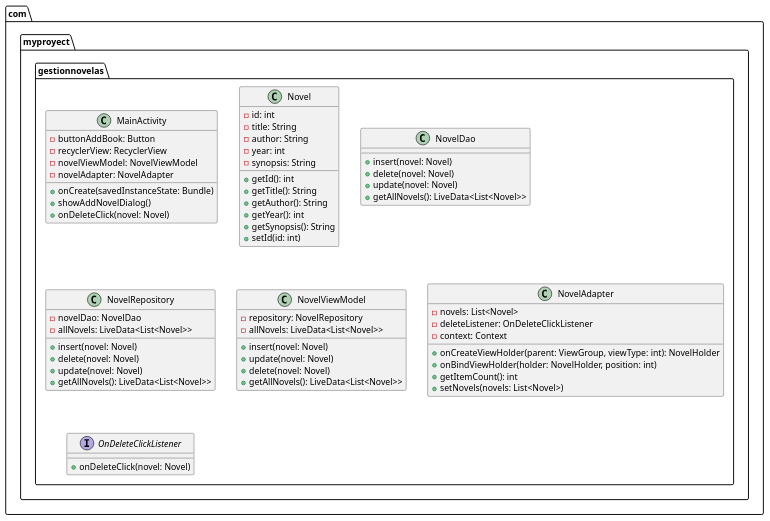
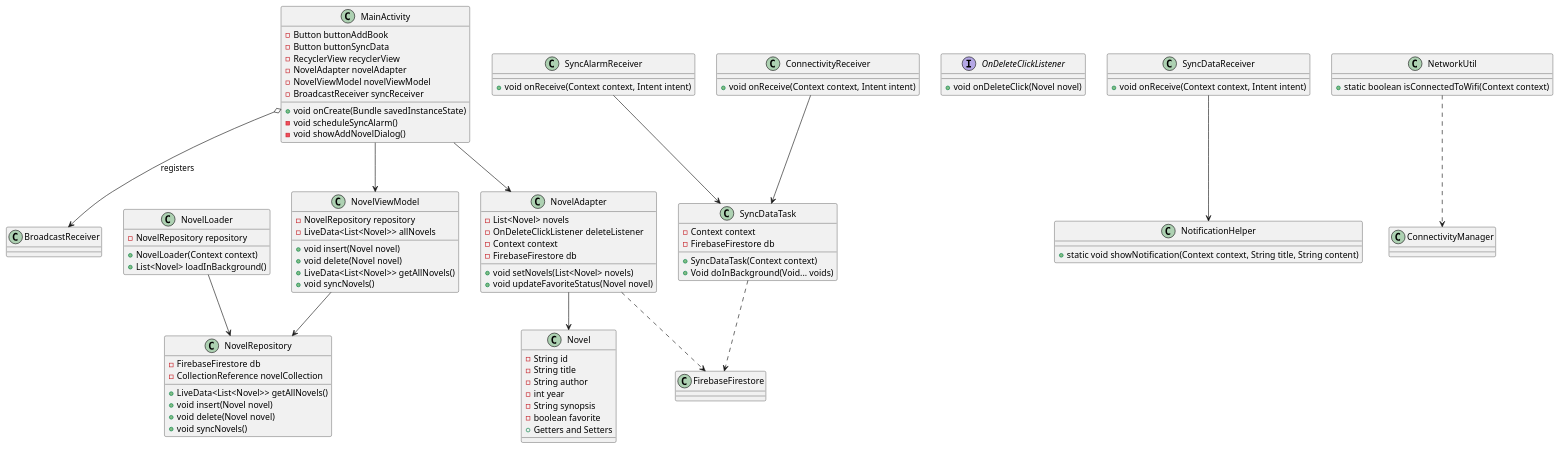
The diagram in app/src/main/java/com/myproyect/gestornovelasnjr/uml/ClasesUml.puml (NicolasJRuax/GestorNovelasNJR), drawn with PlantUML before and after one commit. The commit also changed 1 other file, not shown here.

```diff
--- a/app/src/main/java/com/myproyect/gestornovelasnjr/uml/ClasesUml.puml
+++ b/app/src/main/java/com/myproyect/gestornovelasnjr/uml/ClasesUml.puml
@@ -1,66 +1,100 @@
 @startuml
-package com.myproyect.gestionnovelas {
-    class MainActivity {
-        - buttonAddBook: Button
-        - recyclerView: RecyclerView
-        - novelViewModel: NovelViewModel
-        - novelAdapter: NovelAdapter
-        + onCreate(savedInstanceState: Bundle)
-        + showAddNovelDialog()
-        + onDeleteClick(novel: Novel)
-    }
+class MainActivity {
+    - Button buttonAddBook
+    - Button buttonSyncData
+    - RecyclerView recyclerView
+    - NovelAdapter novelAdapter
+    - NovelViewModel novelViewModel
+    - BroadcastReceiver syncReceiver
+    + void onCreate(Bundle savedInstanceState)
+    - void scheduleSyncAlarm()
+    - void showAddNovelDialog()
+}
 
-    class Novel {
-        - id: int
-        - title: String
-        - author: String
-        - year: int
-        - synopsis: String
-        + getId(): int
-        + getTitle(): String
-        + getAuthor(): String
-        + getYear(): int
-        + getSynopsis(): String
-        + setId(id: int)
-    }
+class NovelViewModel {
+    - NovelRepository repository
+    - LiveData<List<Novel>> allNovels
+    + void insert(Novel novel)
+    + void delete(Novel novel)
+    + LiveData<List<Novel>> getAllNovels()
+    + void syncNovels()
+}
 
-    class NovelDao {
-        + insert(novel: Novel)
-        + delete(novel: Novel)
-        + update(novel: Novel)
-        + getAllNovels(): LiveData<List<Novel>>
-    }
+class NovelRepository {
+    - FirebaseFirestore db
+    - CollectionReference novelCollection
+    + LiveData<List<Novel>> getAllNovels()
+    + void insert(Novel novel)
+    + void delete(Novel novel)
+    + void syncNovels()
+}
 
-    class NovelRepository {
-        - novelDao: NovelDao
-        - allNovels: LiveData<List<Novel>>
-        + insert(novel: Novel)
-        + delete(novel: Novel)
-        + update(novel: Novel)
-        + getAllNovels(): LiveData<List<Novel>>
-    }
+class NovelLoader {
+    - NovelRepository repository
+    + NovelLoader(Context context)
+    + List<Novel> loadInBackground()
+}
 
-    class NovelViewModel {
-        - repository: NovelRepository
-        - allNovels: LiveData<List<Novel>>
-        + insert(novel: Novel)
-        + update(novel: Novel)
-        + delete(novel: Novel)
-        + getAllNovels(): LiveData<List<Novel>>
-    }
+class Novel {
+    - String id
+    - String title
+    - String author
+    - int year
+    - String synopsis
+    - boolean favorite
+    + Getters and Setters
+}
 
-    class NovelAdapter {
-        - novels: List<Novel>
-        - deleteListener: OnDeleteClickListener
-        - context: Context
-        + onCreateViewHolder(parent: ViewGroup, viewType: int): NovelHolder
-        + onBindViewHolder(holder: NovelHolder, position: int)
-        + getItemCount(): int
-        + setNovels(novels: List<Novel>)
-    }
+class NovelAdapter {
+    - List<Novel> novels
+    - OnDeleteClickListener deleteListener
+    - Context context
+    - FirebaseFirestore db
+    + void setNovels(List<Novel> novels)
+    + void updateFavoriteStatus(Novel novel)
+}
 
-    interface OnDeleteClickListener {
-        + onDeleteClick(novel: Novel)
-    }
+interface OnDeleteClickListener {
+    + void onDeleteClick(Novel novel)
 }
+
+class SyncDataTask {
+    - Context context
+    - FirebaseFirestore db
+    + SyncDataTask(Context context)
+    + Void doInBackground(Void... voids)
+}
+
+class SyncDataReceiver {
+    + void onReceive(Context context, Intent intent)
+}
+
+class SyncAlarmReceiver {
+    + void onReceive(Context context, Intent intent)
+}
+
+class ConnectivityReceiver {
+    + void onReceive(Context context, Intent intent)
+}
+
+class NotificationHelper {
+    + static void showNotification(Context context, String title, String content)
+}
+
+class NetworkUtil {
+    + static boolean isConnectedToWifi(Context context)
+}
+
+MainActivity --> NovelViewModel
+MainActivity --> NovelAdapter
+MainActivity o--> BroadcastReceiver : registers
+NovelViewModel --> NovelRepository
+NovelLoader --> NovelRepository
+NovelAdapter --> Novel
+NovelAdapter ..> FirebaseFirestore
+SyncDataTask ..> FirebaseFirestore
+SyncDataReceiver --> NotificationHelper
+SyncAlarmReceiver --> SyncDataTask
+ConnectivityReceiver --> SyncDataTask
+NetworkUtil ..> ConnectivityManager
 @enduml
```
